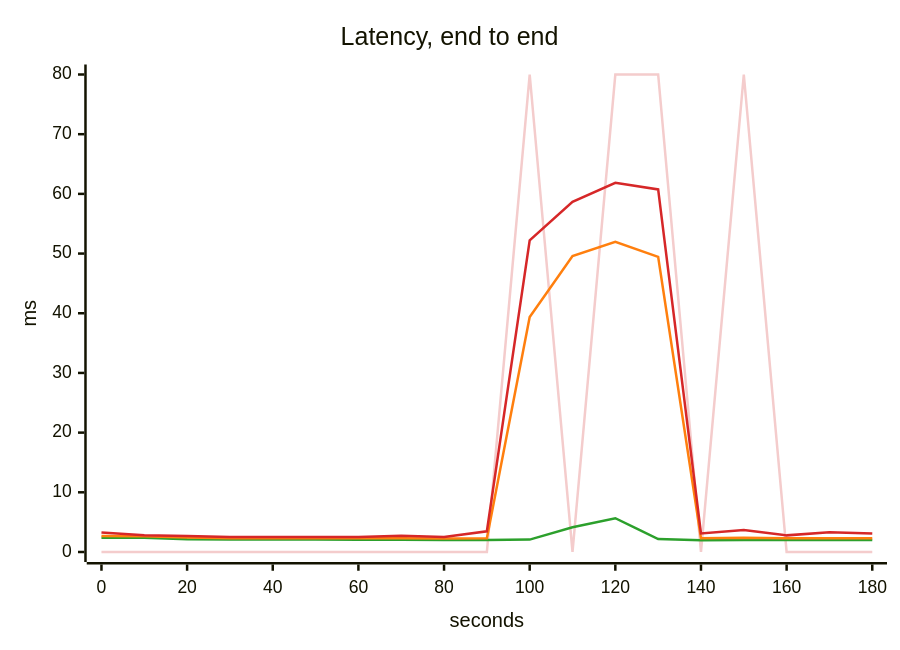
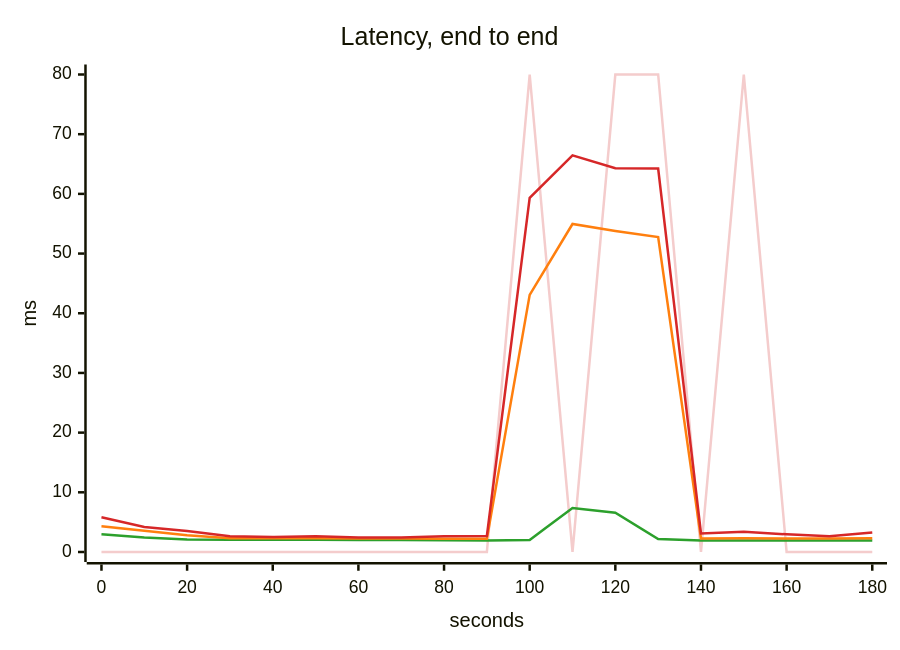
Before and after one commit to akinfemi/load-lore: the third of 5 diagrams in scenarios/featured-on-hacker-news/solutions/headroom/report.md, drawn with Mermaid. The commit also changed other lines of this file and 125 other files, not shown here.

````diff
--- a/scenarios/featured-on-hacker-news/solutions/headroom/report.md
+++ b/scenarios/featured-on-hacker-news/solutions/headroom/report.md
@@ -58,17 +58,17 @@
 ```mermaid
 ---
 config:
   themeVariables:
     xyChart:
       backgroundColor: "transparent"
       plotColorPalette: "#f4cccc, #2ca02c, #ff7f0e, #d62728"
 ---
 xychart-beta
     title "Latency, end to end"
     x-axis "seconds" 0 --> 180
     y-axis "ms" 0 --> 80
     line [0, 0, 0, 0, 0, 0, 0, 0, 0, 0, 80, 0, 80, 80, 0, 80, 0, 0, 0]
-    line [2.396, 2.39, 2.126, 2.104, 2.102, 2.107, 2.056, 2.039, 2.016, 1.999, 2.077, 4.143, 5.663, 2.173, 1.987, 2.001, 1.99, 1.995, 1.996]
-    line [2.678, 2.647, 2.429, 2.319, 2.316, 2.318, 2.302, 2.295, 2.274, 2.288, 39.369, 49.568, 51.964, 49.456, 2.292, 2.381, 2.284, 2.311, 2.304]
-    line [3.261, 2.787, 2.66, 2.521, 2.528, 2.527, 2.515, 2.743, 2.518, 3.468, 52.213, 58.652, 61.862, 60.74, 3.108, 3.671, 2.786, 3.32, 3.094]
+    line [2.983, 2.416, 2.086, 2.055, 2.064, 2.06, 2.029, 1.998, 1.973, 1.94, 2.026, 7.379, 6.567, 2.18, 1.931, 1.943, 1.937, 1.939, 1.938]
+    line [4.301, 3.562, 2.818, 2.304, 2.302, 2.311, 2.28, 2.248, 2.239, 2.213, 43.08, 54.955, 53.784, 52.771, 2.261, 2.313, 2.278, 2.245, 2.284]
+    line [5.822, 4.201, 3.508, 2.641, 2.493, 2.648, 2.438, 2.441, 2.621, 2.694, 59.344, 66.458, 64.304, 64.236, 3.117, 3.395, 2.964, 2.655, 3.285]
 ```
````
